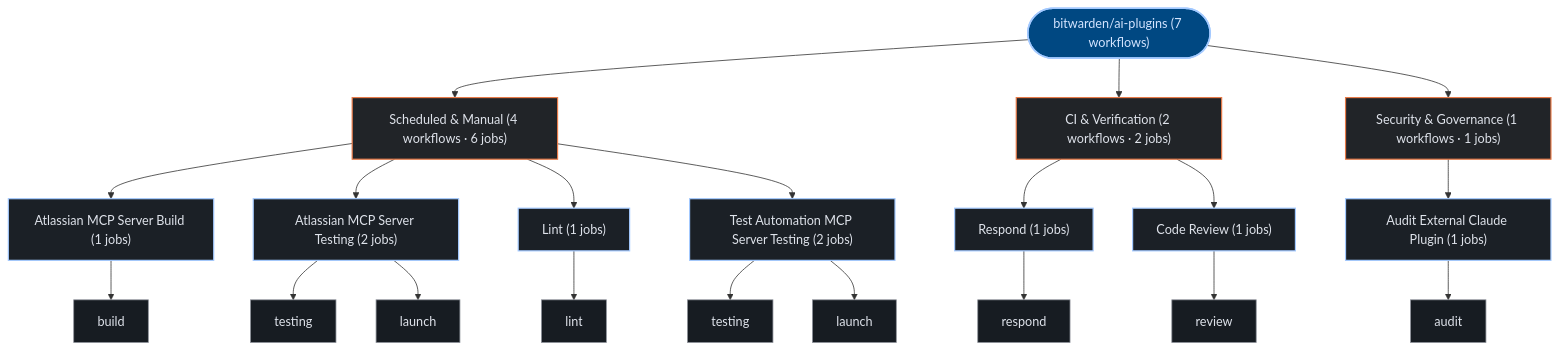
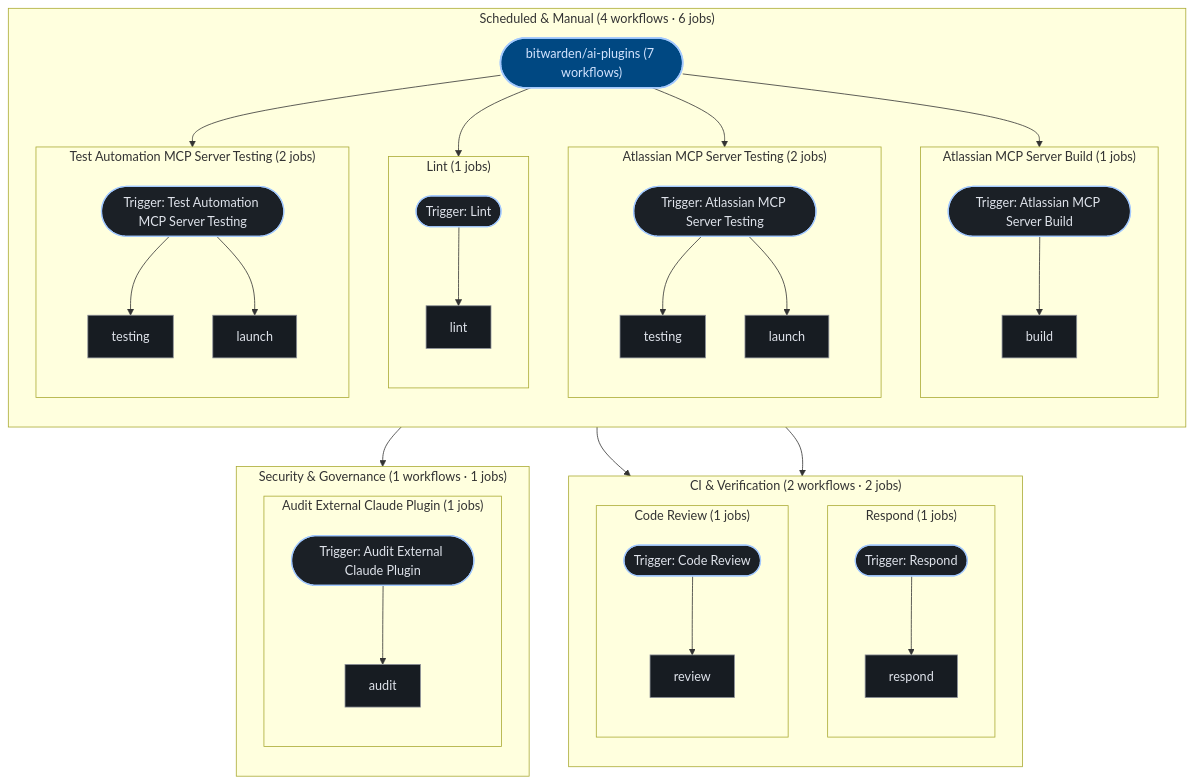
One commit to kumarshaz/atruss-code-atlas changed the third of 3 diagrams in exports/latest/reports/bitwarden-ai-plugins-report.md. Above: the diagram before and after it, drawn with Mermaid. The commit also changed 181 other files, not shown here.

````diff
--- a/exports/latest/reports/bitwarden-ai-plugins-report.md
+++ b/exports/latest/reports/bitwarden-ai-plugins-report.md
@@ -163,49 +163,73 @@
 ```mermaid
 graph TD;
   classDef atlasRoot fill:#004882,stroke:#a3c9ff,stroke-width:2px,color:#d3e4ff
   classDef atlasCategory fill:#212428,stroke:#E87A48,stroke-width:1.5px,color:#dfe3eb
   classDef atlasWorkflow fill:#1b2026,stroke:#a3c9ff,stroke-width:1.5px,color:#dfe3eb
   classDef atlasJob fill:#171c22,stroke:#8d9199,stroke-width:1px,color:#dfe3eb
   classDef atlasTarget fill:#005227,stroke:#8bd99b,stroke-width:1.5px,color:#a7f6b6
   classDef atlasAlert fill:#93000a,stroke:#ffb4ab,stroke-width:1.5px,color:#ffdad6
   classDef atlasMore fill:#252a31,stroke:#8d9199,stroke-dasharray:4 4,color:#c3c6cf
   pipeline_root(["bitwarden/ai-plugins (7 workflows)"]):::atlasRoot
-  grp_0_Scheduled___Manual["Scheduled & Manual (4 workflows · 6 jobs)"]:::atlasCategory
-  pipeline_root --> grp_0_Scheduled___Manual
-  wf_0_Atlassian_MCP_Server_Build["Atlassian MCP Server Build (1 jobs)"]:::atlasWorkflow
-  grp_0_Scheduled___Manual --> wf_0_Atlassian_MCP_Server_Build
-  job_0_build["build"]:::atlasJob
-  wf_0_Atlassian_MCP_Server_Build --> job_0_build
-  wf_1_Atlassian_MCP_Server_Testing["Atlassian MCP Server Testing (2 jobs)"]:::atlasWorkflow
-  grp_0_Scheduled___Manual --> wf_1_Atlassian_MCP_Server_Testing
-  job_1_testing["testing"]:::atlasJob
-  job_1_launch["launch"]:::atlasJob
-  wf_1_Atlassian_MCP_Server_Testing --> job_1_testing
-  wf_1_Atlassian_MCP_Server_Testing --> job_1_launch
-  wf_3_Lint["Lint (1 jobs)"]:::atlasWorkflow
-  grp_0_Scheduled___Manual --> wf_3_Lint
-  job_3_lint["lint"]:::atlasJob
-  wf_3_Lint --> job_3_lint
-  wf_6_Test_Automation_MCP_Server_Testing["Test Automation MCP Server Testing (2 jobs)"]:::atlasWorkflow
-  grp_0_Scheduled___Manual --> wf_6_Test_Automation_MCP_Server_Testing
-  job_6_testing["testing"]:::atlasJob
-  job_6_launch["launch"]:::atlasJob
-  wf_6_Test_Automation_MCP_Server_Testing --> job_6_testing
-  wf_6_Test_Automation_MCP_Server_Testing --> job_6_launch
-  grp_1_CI___Verification["CI & Verification (2 workflows · 2 jobs)"]:::atlasCategory
-  pipeline_root --> grp_1_CI___Verification
-  wf_4_Respond["Respond (1 jobs)"]:::atlasWorkflow
-  grp_1_CI___Verification --> wf_4_Respond
-  job_4_respond["respond"]:::atlasJob
-  wf_4_Respond --> job_4_respond
-  wf_5_Code_Review["Code Review (1 jobs)"]:::atlasWorkflow
-  grp_1_CI___Verification --> wf_5_Code_Review
-  job_5_review["review"]:::atlasJob
-  wf_5_Code_Review --> job_5_review
-  grp_2_Security___Governance["Security & Governance (1 workflows · 1 jobs)"]:::atlasCategory
-  pipeline_root --> grp_2_Security___Governance
-  wf_2_Audit_External_Claude_Plugin["Audit External Claude Plugin (1 jobs)"]:::atlasWorkflow
-  grp_2_Security___Governance --> wf_2_Audit_External_Claude_Plugin
-  job_2_audit["audit"]:::atlasJob
-  wf_2_Audit_External_Claude_Plugin --> job_2_audit
+  subgraph sg_grp_0_Scheduled___Manual["Scheduled & Manual (4 workflows · 6 jobs)"]
+    direction TB
+    subgraph sg_wf_0_Atlassian_MCP_Server_Build["Atlassian MCP Server Build (1 jobs)"]
+      direction TB
+      wf_0_Atlassian_MCP_Server_Build(["Trigger: Atlassian MCP Server Build"]):::atlasWorkflow
+      job_0_build["build"]:::atlasJob
+      wf_0_Atlassian_MCP_Server_Build --> job_0_build
+    end
+    pipeline_root --> wf_0_Atlassian_MCP_Server_Build
+    subgraph sg_wf_1_Atlassian_MCP_Server_Testing["Atlassian MCP Server Testing (2 jobs)"]
+      direction TB
+      wf_1_Atlassian_MCP_Server_Testing(["Trigger: Atlassian MCP Server Testing"]):::atlasWorkflow
+      job_1_testing["testing"]:::atlasJob
+      job_1_launch["launch"]:::atlasJob
+      wf_1_Atlassian_MCP_Server_Testing --> job_1_testing
+      wf_1_Atlassian_MCP_Server_Testing --> job_1_launch
+    end
+    pipeline_root --> wf_1_Atlassian_MCP_Server_Testing
+    subgraph sg_wf_3_Lint["Lint (1 jobs)"]
+      direction TB
+      wf_3_Lint(["Trigger: Lint"]):::atlasWorkflow
+      job_3_lint["lint"]:::atlasJob
+      wf_3_Lint --> job_3_lint
+    end
+    pipeline_root --> wf_3_Lint
+    subgraph sg_wf_6_Test_Automation_MCP_Server_Testing["Test Automation MCP Server Testing (2 jobs)"]
+      direction TB
+      wf_6_Test_Automation_MCP_Server_Testing(["Trigger: Test Automation MCP Server Testing"]):::atlasWorkflow
+      job_6_testing["testing"]:::atlasJob
+      job_6_launch["launch"]:::atlasJob
+      wf_6_Test_Automation_MCP_Server_Testing --> job_6_testing
+      wf_6_Test_Automation_MCP_Server_Testing --> job_6_launch
+    end
+    pipeline_root --> wf_6_Test_Automation_MCP_Server_Testing
+  end
+  subgraph sg_grp_1_CI___Verification["CI & Verification (2 workflows · 2 jobs)"]
+    direction TB
+    subgraph sg_wf_4_Respond["Respond (1 jobs)"]
+      direction TB
+      wf_4_Respond(["Trigger: Respond"]):::atlasWorkflow
+      job_4_respond["respond"]:::atlasJob
+      wf_4_Respond --> job_4_respond
+    end
+    pipeline_root --> wf_4_Respond
+    subgraph sg_wf_5_Code_Review["Code Review (1 jobs)"]
+      direction TB
+      wf_5_Code_Review(["Trigger: Code Review"]):::atlasWorkflow
+      job_5_review["review"]:::atlasJob
+      wf_5_Code_Review --> job_5_review
+    end
+    pipeline_root --> wf_5_Code_Review
+  end
+  subgraph sg_grp_2_Security___Governance["Security & Governance (1 workflows · 1 jobs)"]
+    direction TB
+    subgraph sg_wf_2_Audit_External_Claude_Plugin["Audit External Claude Plugin (1 jobs)"]
+      direction TB
+      wf_2_Audit_External_Claude_Plugin(["Trigger: Audit External Claude Plugin"]):::atlasWorkflow
+      job_2_audit["audit"]:::atlasJob
+      wf_2_Audit_External_Claude_Plugin --> job_2_audit
+    end
+    pipeline_root --> wf_2_Audit_External_Claude_Plugin
+  end
 ```
````
